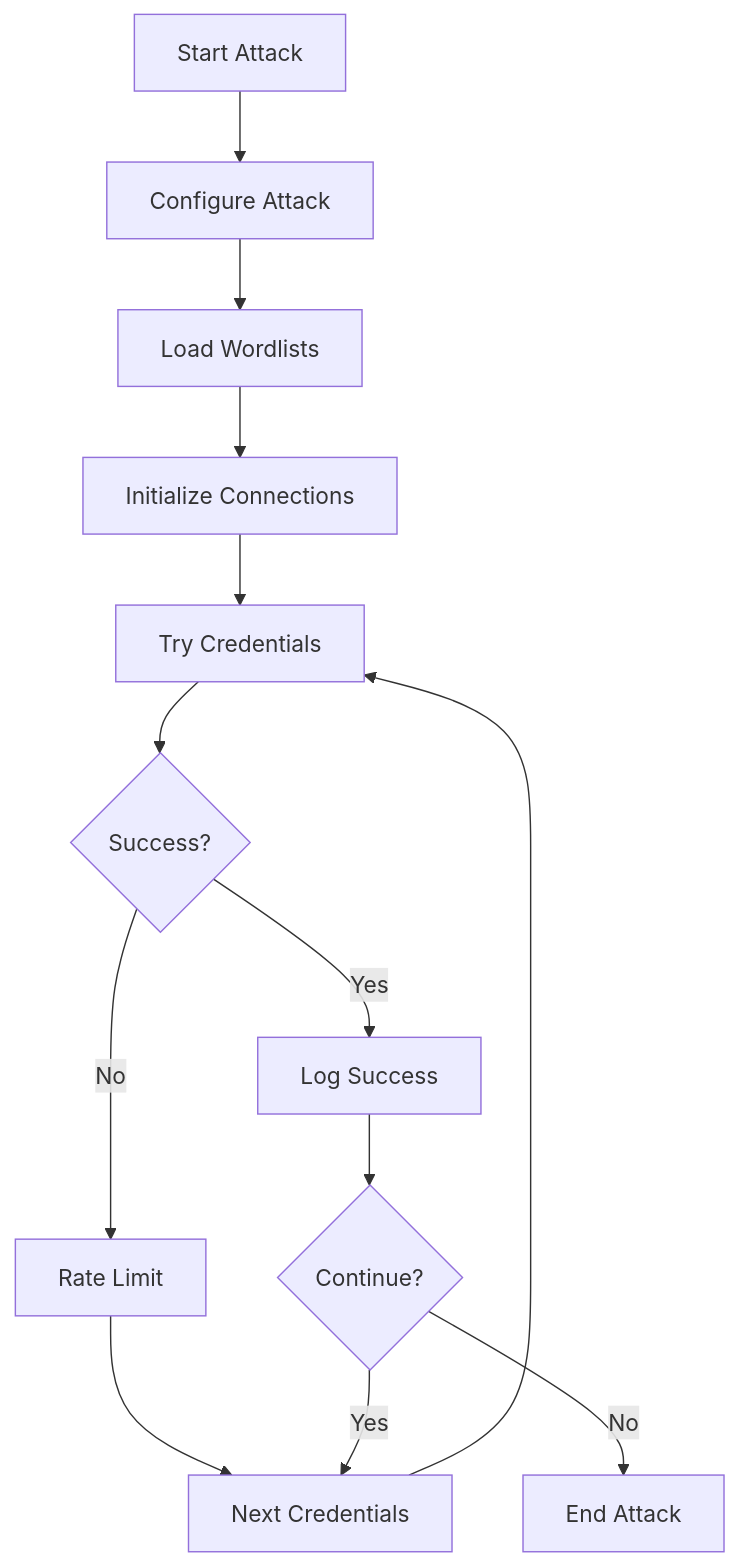
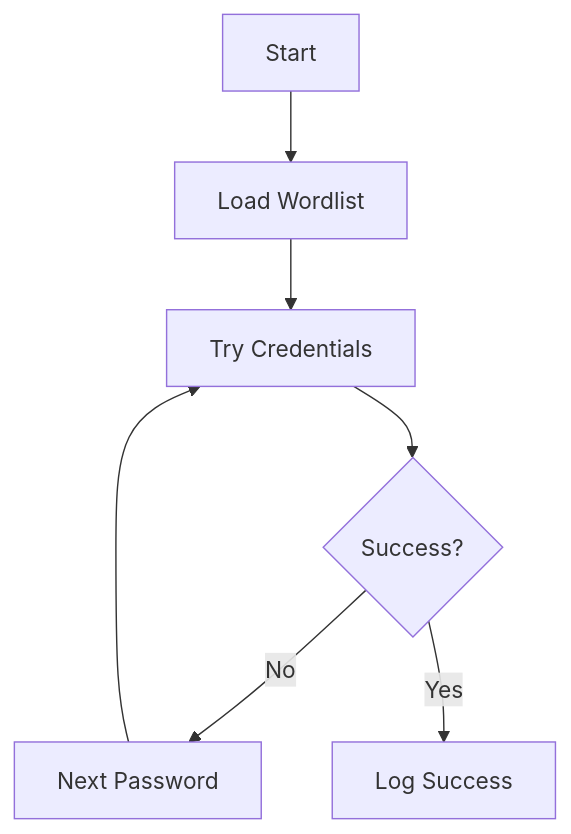
Diagram 15 of 20 in docs/PLAYBOOK.md (Montimage/mmt-attacker), drawn with Mermaid before and after one commit. The commit also changed other lines of this file and 6 other files, not shown here.

````diff
--- a/docs/PLAYBOOK.md
+++ b/docs/PLAYBOOK.md
@@ -727,15 +605,9 @@
 ```mermaid
 graph TB
-    Start[Start Attack] --> Config[Configure Attack]
-    Config --> Load[Load Wordlists]
-    Load --> Init[Initialize Connections]
-    Init --> Loop[Try Credentials]
-    Loop --> Check{Success?}
-    Check -->|No| Rate[Rate Limit]
-    Rate --> NextCred[Next Credentials]
-    NextCred --> Loop
+    Start --> Load[Load Wordlist]
+    Load --> Try[Try Credentials]
+    Try --> Check{Success?}
+    Check -->|No| Next[Next Password]
     Check -->|Yes| Log[Log Success]
-    Log --> Continue{Continue?}
-    Continue -->|Yes| NextCred
-    Continue -->|No| End[End Attack]
+    Next --> Try
 ```
````
